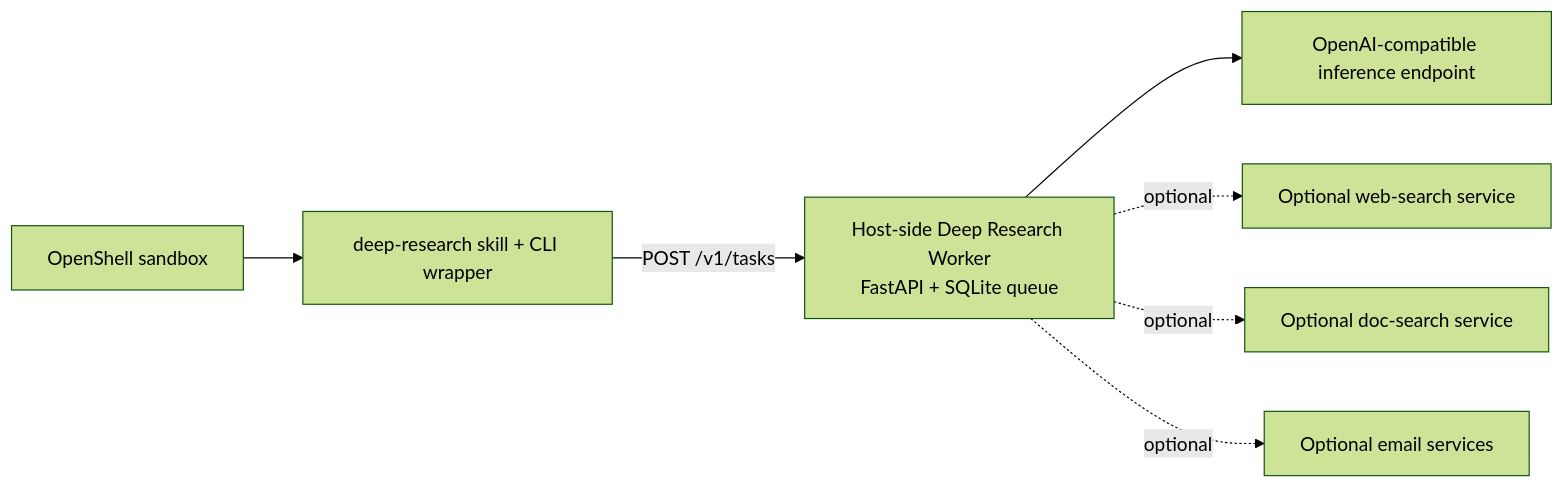
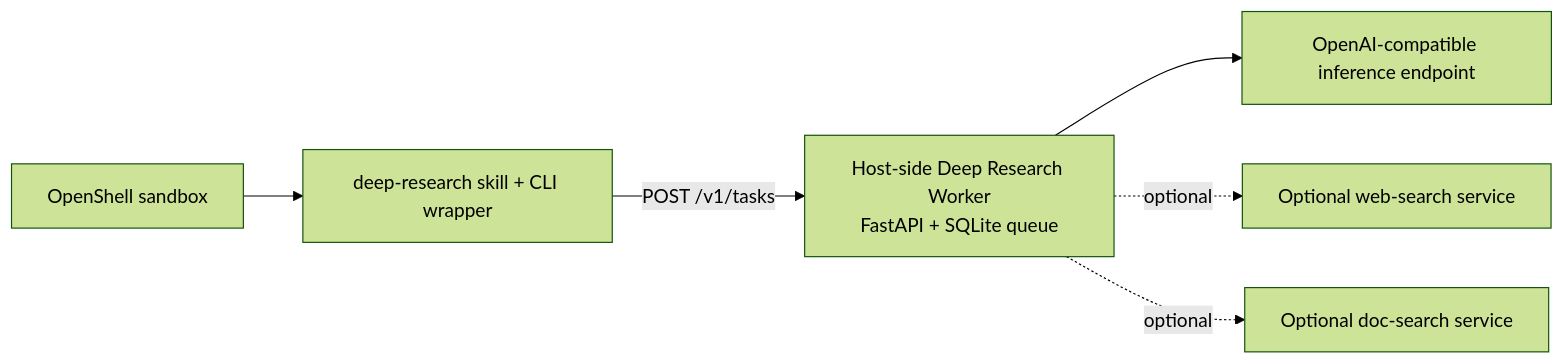
One commit to NVIDIA/nemoclaw-community changed the diagram in examples/recipes/community/deep-research-worker/README.md. Above: the diagram before and after it, drawn with Mermaid (forest theme). The commit also changed other lines of this file and 17 other files, not shown here.

````diff
--- a/examples/recipes/community/deep-research-worker/README.md
+++ b/examples/recipes/community/deep-research-worker/README.md
@@ -100,17 +102,15 @@
 ```mermaid
 flowchart LR
     sandbox["OpenShell sandbox"]
     skill["deep-research skill + CLI wrapper"]
     worker["Host-side Deep Research Worker\nFastAPI + SQLite queue"]
     llm["OpenAI-compatible inference endpoint"]
     web["Optional web-search service"]
     docs["Optional doc-search service"]
-    mail["Optional email services"]
 
     sandbox --> skill
     skill -->|"POST /v1/tasks"| worker
     worker --> llm
     worker -. optional .-> web
     worker -. optional .-> docs
-    worker -. optional .-> mail
 ```
````
